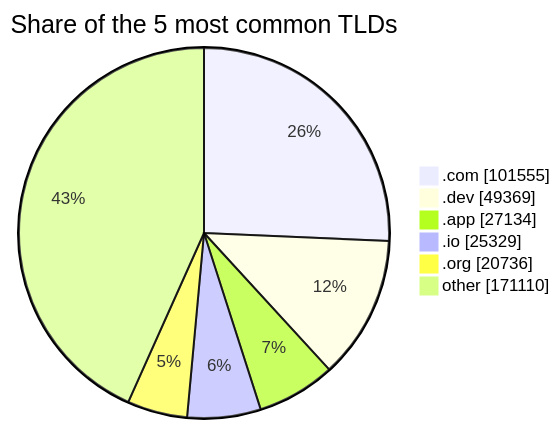
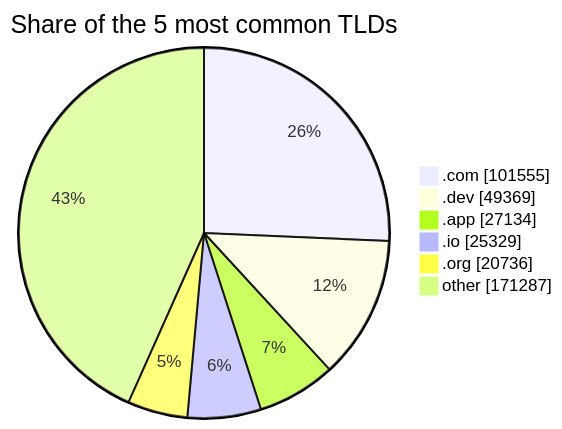
The third of 3 diagrams in README.md (DNSBunker/CTI), drawn with Mermaid before and after one commit. The commit also changed other lines of this file and 3 other files, not shown here.

````diff
--- a/README.md
+++ b/README.md
@@ -81,9 +81,9 @@
 ```mermaid
 pie showData title Share of the 5 most common TLDs
     ".com" : 101555
     ".dev" : 49369
     ".app" : 27134
     ".io" : 25329
     ".org" : 20736
-    "other" : 171110
+    "other" : 171287
 ```
````
